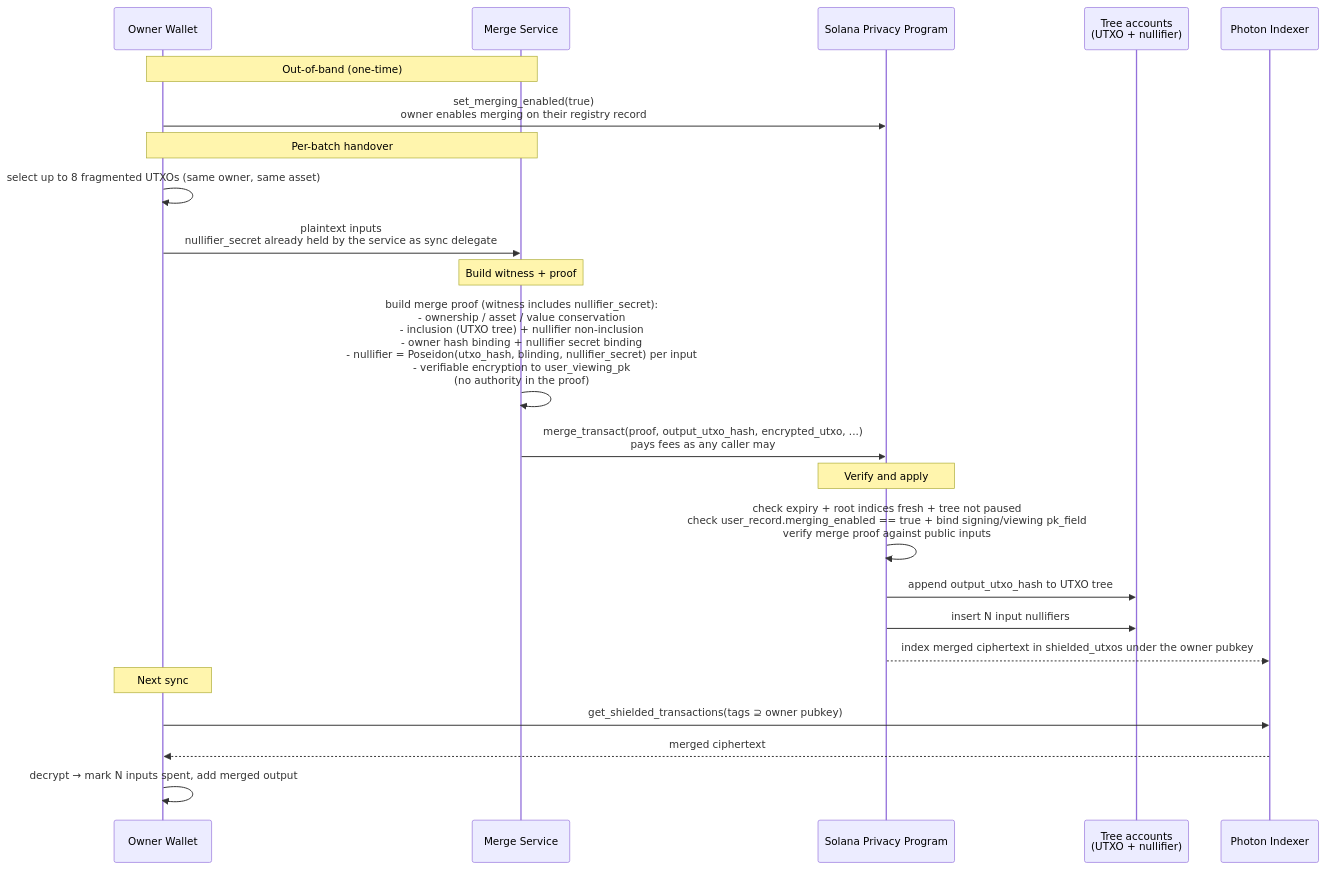
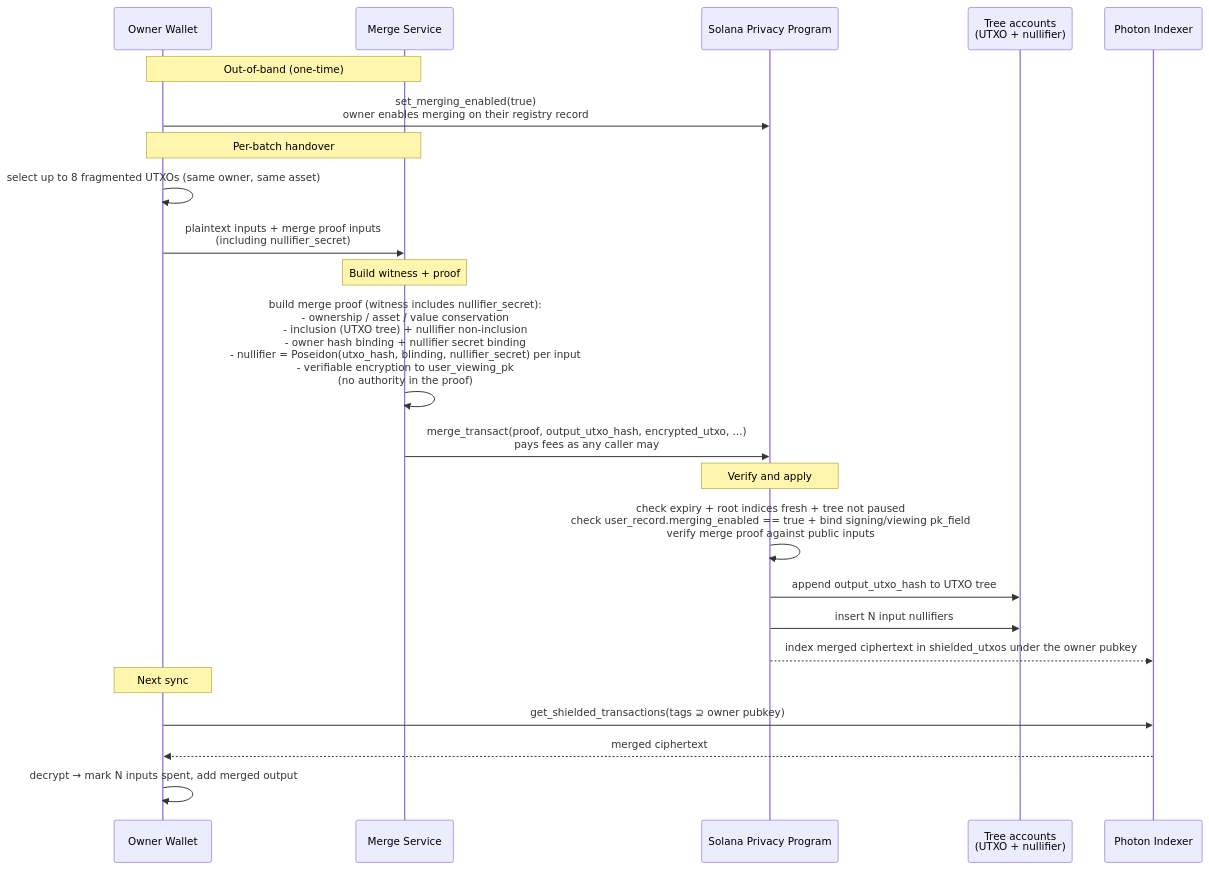
The fifth of 5 diagrams in docs/spec.md (helius-labs/zolana), drawn with Mermaid before and after one commit. The commit also changed other lines of this file and 23 other files, not shown here.

Commit message:
remove sync delegate from registry program

````diff
--- a/docs/spec.md
+++ b/docs/spec.md
@@ -2313,30 +2235,30 @@
 ```mermaid
 sequenceDiagram
     participant Wallet as Owner Wallet
     participant Merge as Merge Service
     participant SPP as Solana Privacy Program
     participant Trees as Tree accounts<br/>(UTXO + nullifier)
     participant Indexer as Photon Indexer
 
     Note over Merge,Wallet: Out-of-band (one-time)
     Wallet->>SPP: set_merging_enabled(true)<br/>owner enables merging on their registry record
 
     Note over Wallet,Merge: Per-batch handover
     Wallet->>Wallet: select up to 8 fragmented UTXOs (same owner, same asset)
-    Wallet->>Merge: plaintext inputs<br/>nullifier_secret already held by the service as sync delegate
+    Wallet->>Merge: plaintext inputs + merge proof inputs<br/>(including nullifier_secret)
 
     Note over Merge: Build witness + proof
     Merge->>Merge: build merge proof (witness includes nullifier_secret):<br/>- ownership / asset / value conservation<br/>- inclusion (UTXO tree) + nullifier non-inclusion<br/>- owner hash binding + nullifier secret binding<br/>- nullifier = Poseidon(utxo_hash, blinding, nullifier_secret) per input<br/>- verifiable encryption to user_viewing_pk<br/>(no authority in the proof)
     Merge->>SPP: merge_transact(proof, output_utxo_hash, encrypted_utxo, ...)<br/>pays fees as any caller may
 
     Note over SPP: Verify and apply
     SPP->>SPP: check expiry + root indices fresh + tree not paused<br/>check user_record.merging_enabled == true + bind signing/viewing pk_field<br/>verify merge proof against public inputs
     SPP->>Trees: append output_utxo_hash to UTXO tree
     SPP->>Trees: insert N input nullifiers
     SPP-->>Indexer: index merged ciphertext in shielded_utxos under the owner pubkey
 
     Note over Wallet: Next sync
     Wallet->>Indexer: get_shielded_transactions(tags ⊇ owner pubkey)
     Indexer-->>Wallet: merged ciphertext
     Wallet->>Wallet: decrypt → mark N inputs spent, add merged output
 ```
````
